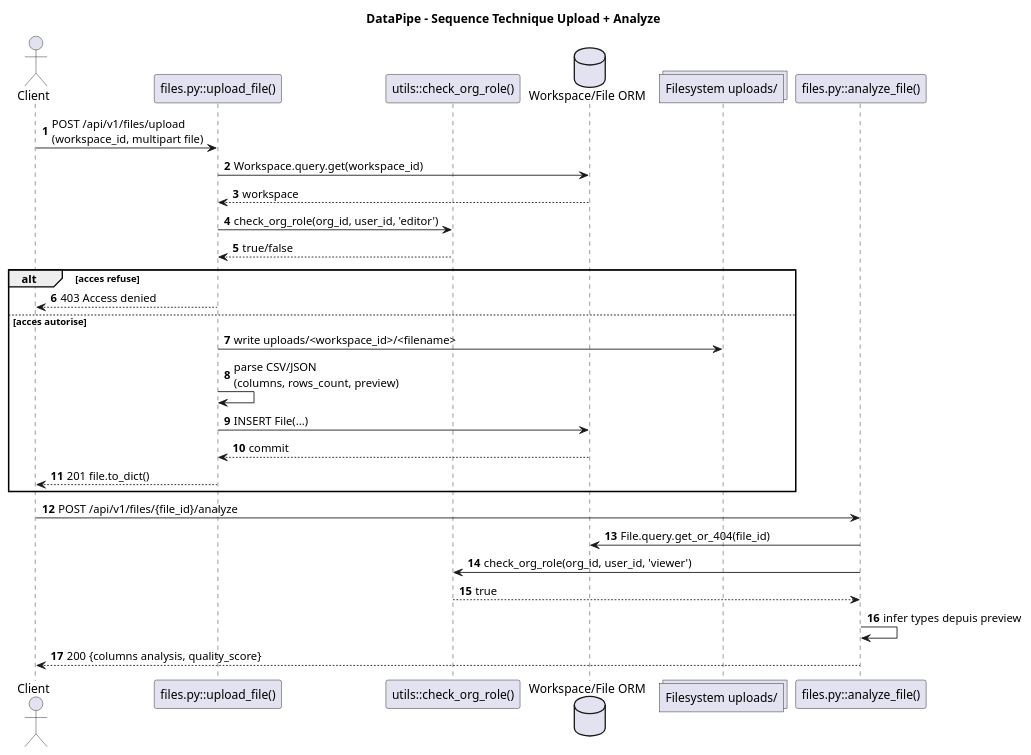
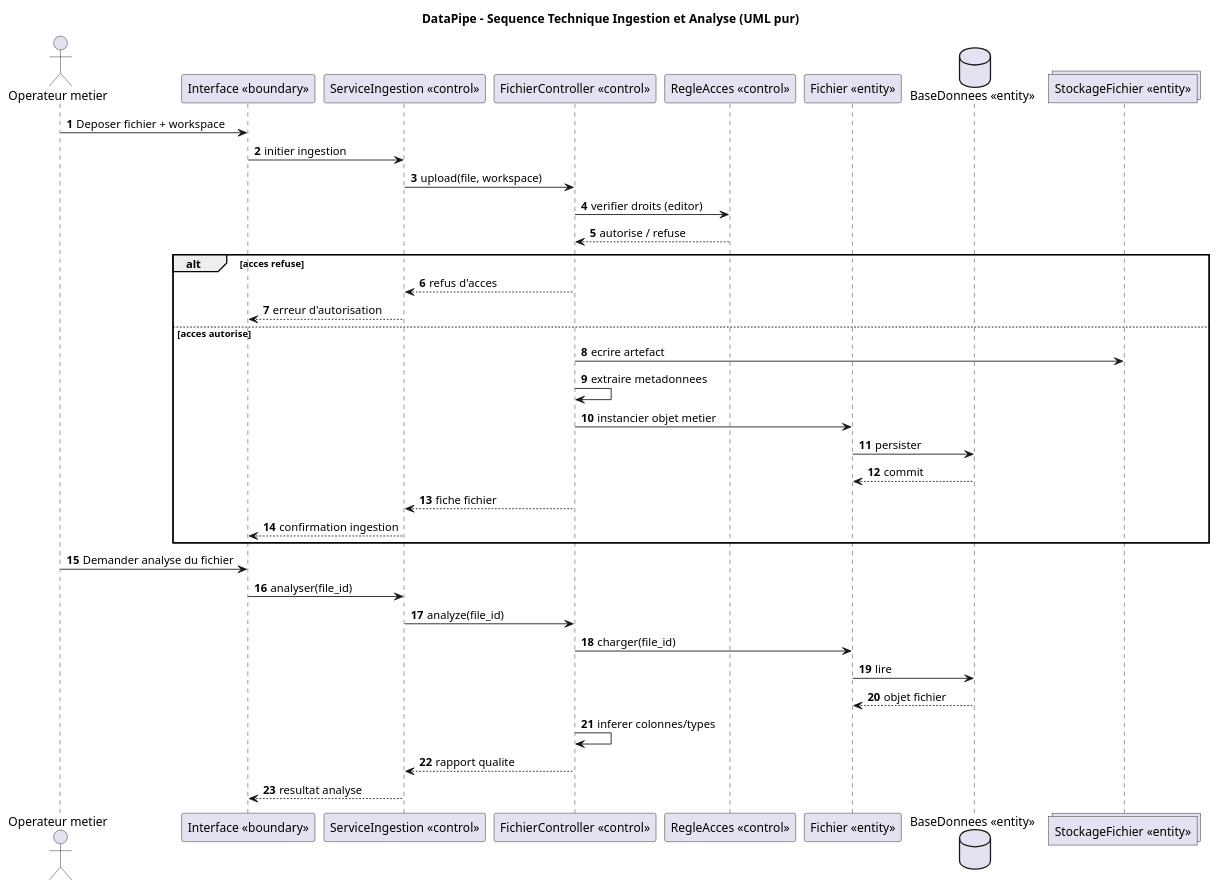
Before and after one commit to Delmat237/DataPipe---ETL-Visuel-pour-Pipelines-Bancaires: the diagram in conception/02_sequence_file_upload_analyze.puml, drawn with PlantUML. The commit also changed 11 other files, not shown here.

First line of the commit message:
docs: refondre la modélisation UML en vue système

```diff
--- a/conception/02_sequence_file_upload_analyze.puml
+++ b/conception/02_sequence_file_upload_analyze.puml
@@ -1,35 +1,43 @@
 @startuml
-title DataPipe - Sequence Technique Upload + Analyze
+title DataPipe - Sequence Technique Ingestion et Analyse (UML pur)
 autonumber
 skinparam shadowing false
 
-actor Client
-participant "files.py::upload_file()" as Upload
-participant "utils::check_org_role()" as RoleCheck
-database "Workspace/File ORM" as ORM
-collections "Filesystem uploads/" as FS
-participant "files.py::analyze_file()" as Analyze
+actor "Operateur metier" as U
+participant "Interface <<boundary>>" as IHM
+participant "ServiceIngestion <<control>>" as Service
+participant "FichierController <<control>>" as Ctrl
+participant "RegleAcces <<control>>" as Regles
+participant "Fichier <<entity>>" as File
+database "BaseDonnees <<entity>>" as DB
+collections "StockageFichier <<entity>>" as Storage
 
-Client -> Upload : POST /api/v1/files/upload\n(workspace_id, multipart file)
-Upload -> ORM : Workspace.query.get(workspace_id)
-ORM --> Upload : workspace
-Upload -> RoleCheck : check_org_role(org_id, user_id, 'editor')
-RoleCheck --> Upload : true/false
+U -> IHM : Deposer fichier + workspace
+IHM -> Service : initier ingestion
+Service -> Ctrl : upload(file, workspace)
+Ctrl -> Regles : verifier droits (editor)
+Regles --> Ctrl : autorise / refuse
 alt acces refuse
-  Upload --> Client : 403 Access denied
+  Ctrl --> Service : refus d'acces
+  Service --> IHM : erreur d'autorisation
 else acces autorise
-  Upload -> FS : write uploads/<workspace_id>/<filename>
-  Upload -> Upload : parse CSV/JSON\n(columns, rows_count, preview)
-  Upload -> ORM : INSERT File(...)
-  ORM --> Upload : commit
-  Upload --> Client : 201 file.to_dict()
+  Ctrl -> Storage : ecrire artefact
+  Ctrl -> Ctrl : extraire metadonnees
+  Ctrl -> File : instancier objet metier
+  File -> DB : persister
+  DB --> File : commit
+  Ctrl --> Service : fiche fichier
+  Service --> IHM : confirmation ingestion
 end
 
-Client -> Analyze : POST /api/v1/files/{file_id}/analyze
-Analyze -> ORM : File.query.get_or_404(file_id)
-Analyze -> RoleCheck : check_org_role(org_id, user_id, 'viewer')
-RoleCheck --> Analyze : true
-Analyze -> Analyze : infer types depuis preview
-Analyze --> Client : 200 {columns analysis, quality_score}
+U -> IHM : Demander analyse du fichier
+IHM -> Service : analyser(file_id)
+Service -> Ctrl : analyze(file_id)
+Ctrl -> File : charger(file_id)
+File -> DB : lire
+DB --> File : objet fichier
+Ctrl -> Ctrl : inferer colonnes/types
+Ctrl --> Service : rapport qualite
+Service --> IHM : resultat analyse
 
 @enduml
```
